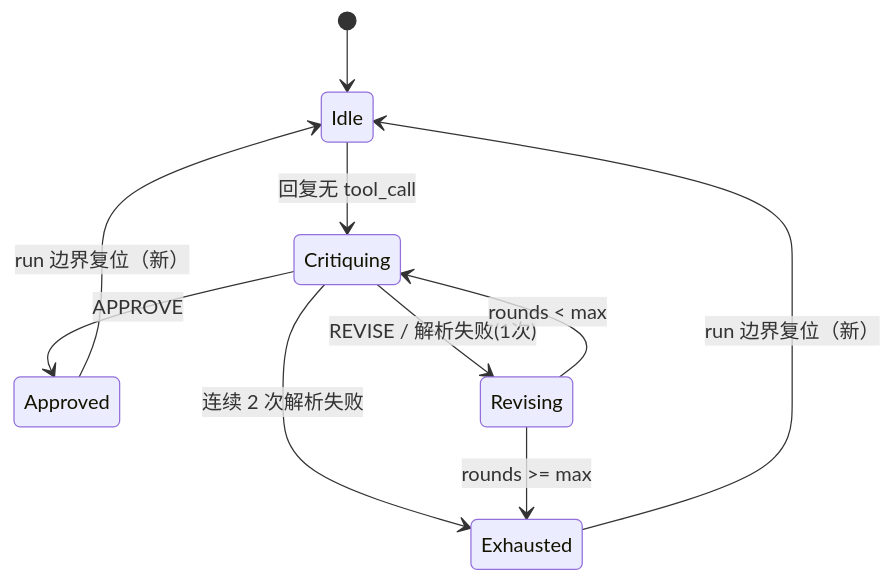
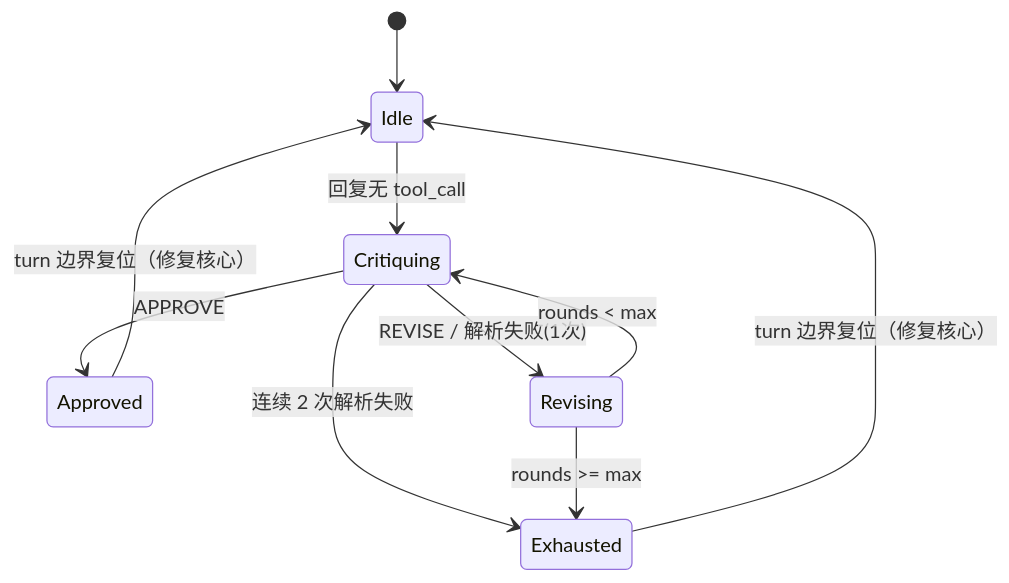
Before and after one commit to StrayDragon/xylitol: the diagram in llmanspec/changes/c3260-fix-middleware-lifecycle-resets/design.md, drawn with Mermaid. The commit also changed other lines of this file and 35 other files, not shown here.

````diff
--- a/llmanspec/changes/c3260-fix-middleware-lifecycle-resets/design.md
+++ b/llmanspec/changes/c3260-fix-middleware-lifecycle-resets/design.md
@@ -22,12 +9,12 @@
-```mermaid
+~~~mermaid
 stateDiagram-v2
   [*] --> Idle
   Idle --> Critiquing: 回复无 tool_call
   Critiquing --> Approved: APPROVE
   Critiquing --> Revising: REVISE / 解析失败(1次)
   Critiquing --> Exhausted: 连续 2 次解析失败
   Revising --> Critiquing: rounds < max
   Revising --> Exhausted: rounds >= max
-  Approved --> Idle: run 边界复位（新）
-  Exhausted --> Idle: run 边界复位（新）
-```
+  Approved --> Idle: turn 边界复位（修复核心）
+  Exhausted --> Idle: turn 边界复位（修复核心）
+~~~
````
